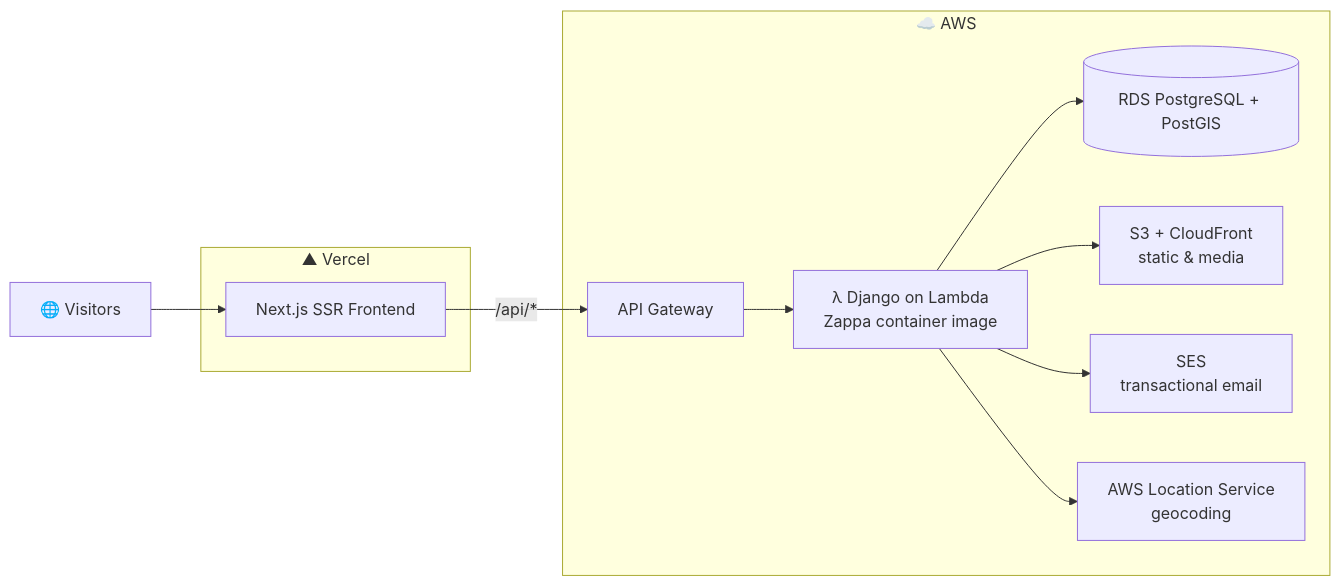
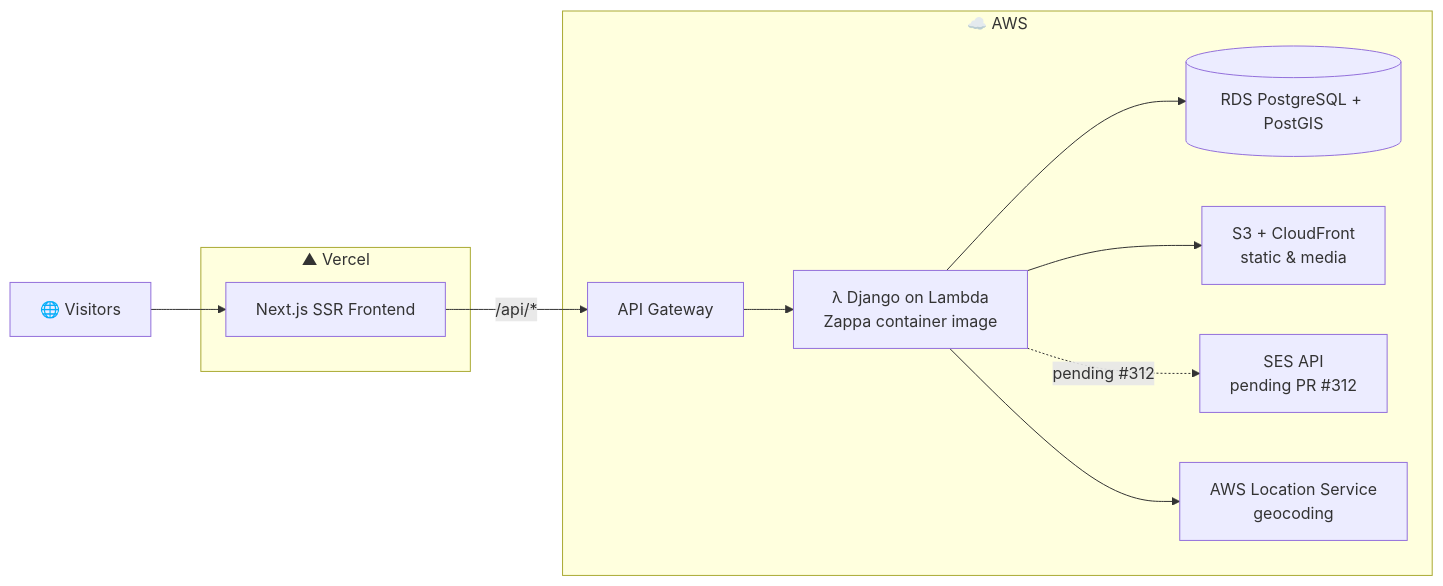
The second of 2 diagrams in README.md (lhadjchikh/coalition-builder), drawn with Mermaid before and after one commit. The commit also changed other lines of this file and 2 other files, not shown here.

Commit message:
docs: mark SES path pending PR 312

````diff
--- a/README.md
+++ b/README.md
@@ -110,26 +110,26 @@
 ```mermaid
 %%{init: {'theme':'basic'}}%%
 flowchart LR
     User[🌐 Visitors]
 
     subgraph Vercel["▲ Vercel"]
         Next[Next.js SSR Frontend]
     end
 
     subgraph AWS["☁️ AWS"]
         APIGW[API Gateway]
         Lambda[λ Django on Lambda<br/>Zappa container image]
         RDS[(RDS PostgreSQL + PostGIS)]
         S3[S3 + CloudFront<br/>static & media]
-        SES[SES<br/>transactional email]
+        SES[SES API<br/>pending PR #312]
         Location[AWS Location Service<br/>geocoding]
     end
 
     User --> Next
     Next -->|/api/*| APIGW
     APIGW --> Lambda
     Lambda --> RDS
     Lambda --> S3
-    Lambda --> SES
+    Lambda -.->|pending #312| SES
     Lambda --> Location
 ```
````
